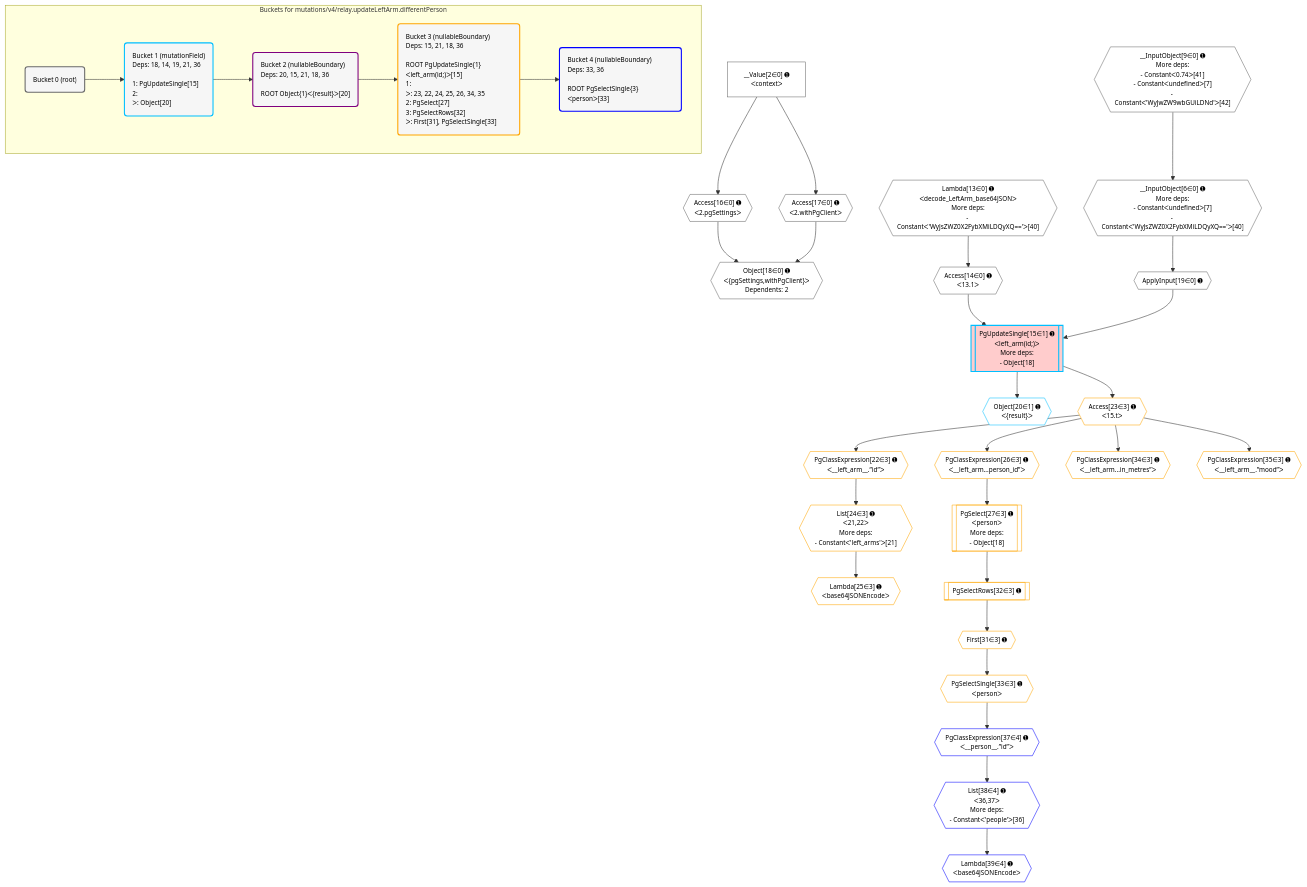
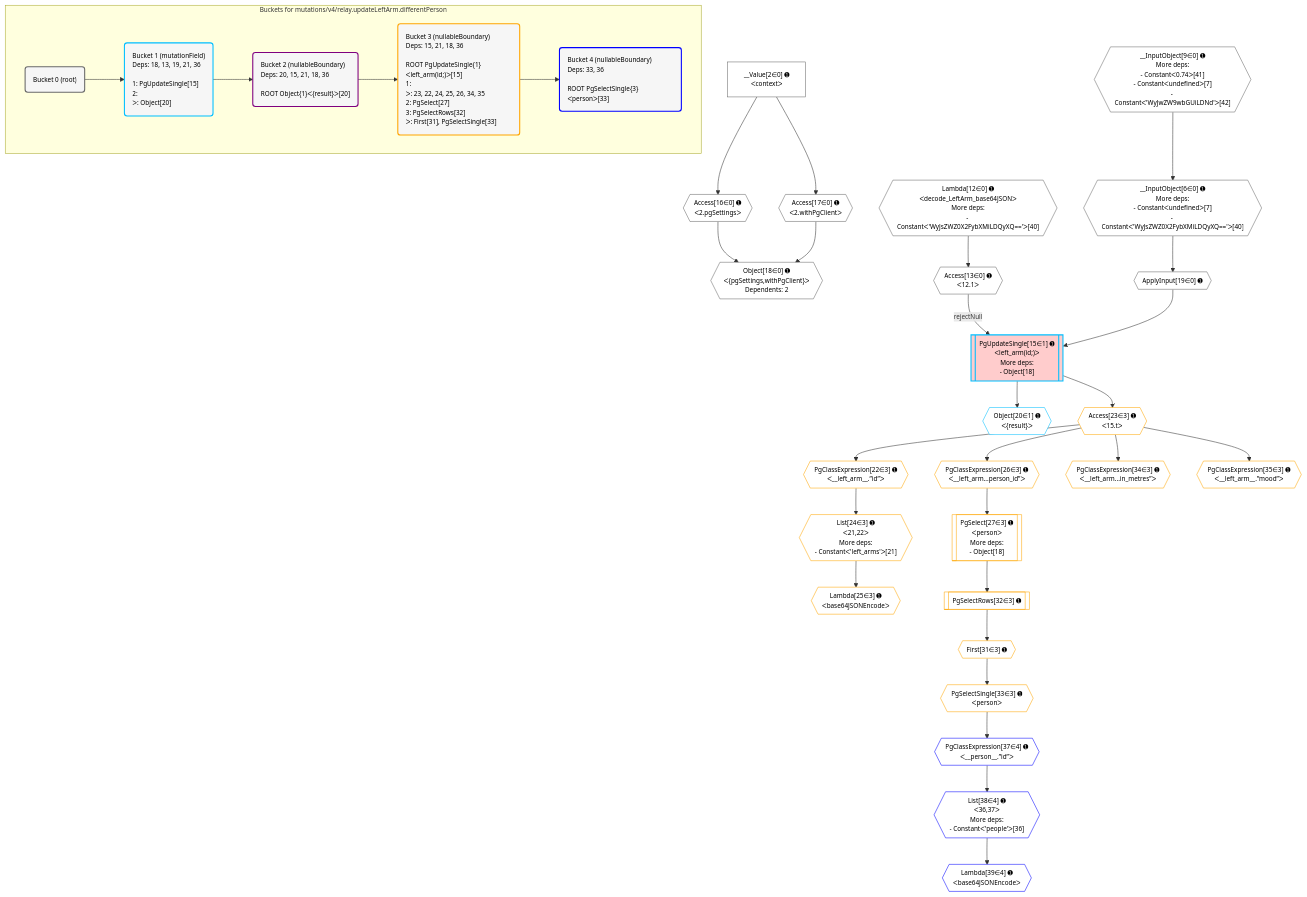
Before and after one commit to graphile/crystal: the diagram in postgraphile/postgraphile/__tests__/mutations/v4/relay.updateLeftArm.differentPerson.mermaid, drawn with Mermaid. The commit also changed 76 other files, not shown here.

```diff
--- a/postgraphile/postgraphile/__tests__/mutations/v4/relay.updateLeftArm.differentPerson.mermaid
+++ b/postgraphile/postgraphile/__tests__/mutations/v4/relay.updateLeftArm.differentPerson.mermaid
@@ -1,81 +1,82 @@
 %%{init: {'themeVariables': { 'fontSize': '12px'}}}%%
 graph TD
     classDef path fill:#eee,stroke:#000,color:#000
     classDef plan fill:#fff,stroke-width:1px,color:#000
     classDef itemplan fill:#fff,stroke-width:2px,color:#000
     classDef unbatchedplan fill:#dff,stroke-width:1px,color:#000
     classDef sideeffectplan fill:#fcc,stroke-width:2px,color:#000
     classDef bucket fill:#f6f6f6,color:#000,stroke-width:2px,text-align:left
 
     subgraph "Buckets for mutations/v4/relay.updateLeftArm.differentPerson"
     Bucket0("Bucket 0 (root)"):::bucket
-    Bucket1("Bucket 1 (mutationField)<br />Deps: 18, 14, 19, 21, 36<br /><br />1: PgUpdateSingle[15]<br />2: <br />ᐳ: Object[20]"):::bucket
+    Bucket1("Bucket 1 (mutationField)<br />Deps: 18, 13, 19, 21, 36<br /><br />1: PgUpdateSingle[15]<br />2: <br />ᐳ: Object[20]"):::bucket
     Bucket2("Bucket 2 (nullableBoundary)<br />Deps: 20, 15, 21, 18, 36<br /><br />ROOT Object{1}ᐸ{result}ᐳ[20]"):::bucket
     Bucket3("Bucket 3 (nullableBoundary)<br />Deps: 15, 21, 18, 36<br /><br />ROOT PgUpdateSingle{1}ᐸleft_arm(id;)ᐳ[15]<br />1: <br />ᐳ: 23, 22, 24, 25, 26, 34, 35<br />2: PgSelect[27]<br />3: PgSelectRows[32]<br />ᐳ: First[31], PgSelectSingle[33]"):::bucket
     Bucket4("Bucket 4 (nullableBoundary)<br />Deps: 33, 36<br /><br />ROOT PgSelectSingle{3}ᐸpersonᐳ[33]"):::bucket
     end
     Bucket0 --> Bucket1
     Bucket1 --> Bucket2
     Bucket2 --> Bucket3
     Bucket3 --> Bucket4
 
     %% plan dependencies
     __InputObject6{{"__InputObject[6∈0] ➊<br />More deps:<br />- Constantᐸundefinedᐳ[7]<br />- Constantᐸ'WyJsZWZ0X2FybXMiLDQyXQ=='ᐳ[40]"}}:::plan
     __InputObject9{{"__InputObject[9∈0] ➊<br />More deps:<br />- Constantᐸ0.74ᐳ[41]<br />- Constantᐸundefinedᐳ[7]<br />- Constantᐸ'WyJwZW9wbGUiLDNd'ᐳ[42]"}}:::plan
     __InputObject9 --> __InputObject6
     Object18{{"Object[18∈0] ➊<br />ᐸ{pgSettings,withPgClient}ᐳ<br />Dependents: 2"}}:::plan
     Access16{{"Access[16∈0] ➊<br />ᐸ2.pgSettingsᐳ"}}:::plan
     Access17{{"Access[17∈0] ➊<br />ᐸ2.withPgClientᐳ"}}:::plan
     Access16 & Access17 --> Object18
-    Lambda13{{"Lambda[13∈0] ➊<br />ᐸdecode_LeftArm_base64JSONᐳ<br />More deps:<br />- Constantᐸ'WyJsZWZ0X2FybXMiLDQyXQ=='ᐳ[40]"}}:::plan
-    Access14{{"Access[14∈0] ➊<br />ᐸ13.1ᐳ"}}:::plan
-    Lambda13 --> Access14
+    Lambda12{{"Lambda[12∈0] ➊<br />ᐸdecode_LeftArm_base64JSONᐳ<br />More deps:<br />- Constantᐸ'WyJsZWZ0X2FybXMiLDQyXQ=='ᐳ[40]"}}:::plan
+    Access13{{"Access[13∈0] ➊<br />ᐸ12.1ᐳ"}}:::plan
+    Lambda12 --> Access13
     __Value2["__Value[2∈0] ➊<br />ᐸcontextᐳ"]:::plan
     __Value2 --> Access16
     __Value2 --> Access17
     ApplyInput19{{"ApplyInput[19∈0] ➊"}}:::plan
     __InputObject6 --> ApplyInput19
     PgUpdateSingle15[["PgUpdateSingle[15∈1] ➊<br />ᐸleft_arm(id;)ᐳ<br />More deps:<br />- Object[18]"]]:::sideeffectplan
-    Access14 & ApplyInput19 --> PgUpdateSingle15
+    Access13 -->|rejectNull| PgUpdateSingle15
+    ApplyInput19 --> PgUpdateSingle15
     Object20{{"Object[20∈1] ➊<br />ᐸ{result}ᐳ"}}:::plan
     PgUpdateSingle15 --> Object20
     List24{{"List[24∈3] ➊<br />ᐸ21,22ᐳ<br />More deps:<br />- Constantᐸ'left_arms'ᐳ[21]"}}:::plan
     PgClassExpression22{{"PgClassExpression[22∈3] ➊<br />ᐸ__left_arm__.”id”ᐳ"}}:::plan
     PgClassExpression22 --> List24
     PgSelect27[["PgSelect[27∈3] ➊<br />ᐸpersonᐳ<br />More deps:<br />- Object[18]"]]:::plan
     PgClassExpression26{{"PgClassExpression[26∈3] ➊<br />ᐸ__left_arm...person_id”ᐳ"}}:::plan
     PgClassExpression26 --> PgSelect27
     Access23{{"Access[23∈3] ➊<br />ᐸ15.tᐳ"}}:::plan
     Access23 --> PgClassExpression22
     PgUpdateSingle15 --> Access23
     Lambda25{{"Lambda[25∈3] ➊<br />ᐸbase64JSONEncodeᐳ"}}:::plan
     List24 --> Lambda25
     Access23 --> PgClassExpression26
     First31{{"First[31∈3] ➊"}}:::plan
     PgSelectRows32[["PgSelectRows[32∈3] ➊"]]:::plan
     PgSelectRows32 --> First31
     PgSelect27 --> PgSelectRows32
     PgSelectSingle33{{"PgSelectSingle[33∈3] ➊<br />ᐸpersonᐳ"}}:::plan
     First31 --> PgSelectSingle33
     PgClassExpression34{{"PgClassExpression[34∈3] ➊<br />ᐸ__left_arm...in_metres”ᐳ"}}:::plan
     Access23 --> PgClassExpression34
     PgClassExpression35{{"PgClassExpression[35∈3] ➊<br />ᐸ__left_arm__.”mood”ᐳ"}}:::plan
     Access23 --> PgClassExpression35
     List38{{"List[38∈4] ➊<br />ᐸ36,37ᐳ<br />More deps:<br />- Constantᐸ'people'ᐳ[36]"}}:::plan
     PgClassExpression37{{"PgClassExpression[37∈4] ➊<br />ᐸ__person__.”id”ᐳ"}}:::plan
     PgClassExpression37 --> List38
     PgSelectSingle33 --> PgClassExpression37
     Lambda39{{"Lambda[39∈4] ➊<br />ᐸbase64JSONEncodeᐳ"}}:::plan
     List38 --> Lambda39
 
     %% define steps
     classDef bucket0 stroke:#696969
-    class Bucket0,__Value2,__InputObject6,__InputObject9,Lambda13,Access14,Access16,Access17,Object18,ApplyInput19 bucket0
+    class Bucket0,__Value2,__InputObject6,__InputObject9,Lambda12,Access13,Access16,Access17,Object18,ApplyInput19 bucket0
     classDef bucket1 stroke:#00bfff
     class Bucket1,PgUpdateSingle15,Object20 bucket1
     classDef bucket2 stroke:#7f007f
     class Bucket2 bucket2
     classDef bucket3 stroke:#ffa500
     class Bucket3,PgClassExpression22,Access23,List24,Lambda25,PgClassExpression26,PgSelect27,First31,PgSelectRows32,PgSelectSingle33,PgClassExpression34,PgClassExpression35 bucket3
     classDef bucket4 stroke:#0000ff
     class Bucket4,PgClassExpression37,List38,Lambda39 bucket4
```
